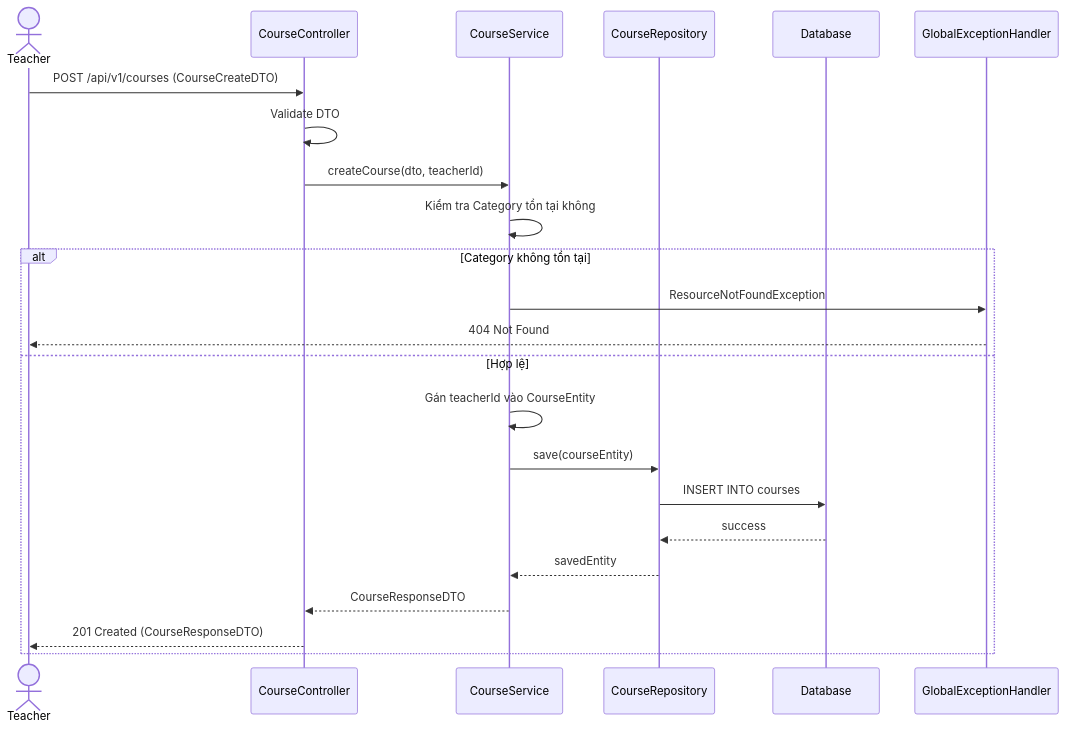
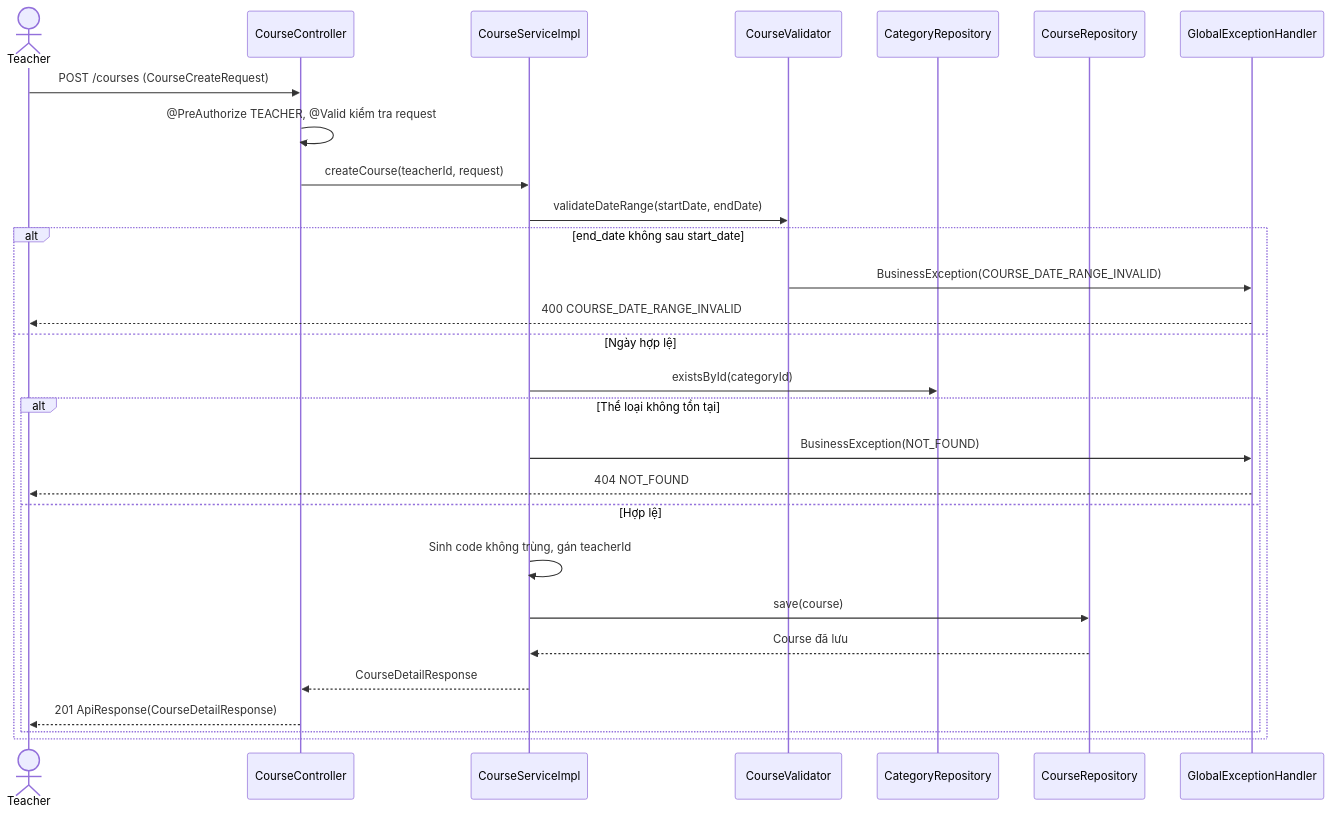
Before and after one commit to dungcony/e-learn: the first of 2 diagrams in docs/design/course-management/api.md, drawn with Mermaid. The commit also changed other lines of this file and 15 other files, not shown here.

````diff
--- a/docs/design/course-management/api.md
+++ b/docs/design/course-management/api.md
@@ -15,28 +69,32 @@
 ```mermaid
 sequenceDiagram
     actor Teacher
     participant Ctrl as CourseController
-    participant Svc as CourseService
+    participant Svc as CourseServiceImpl
+    participant Val as CourseValidator
+    participant CatRepo as CategoryRepository
     participant Repo as CourseRepository
-    participant DB as Database
     participant Handler as GlobalExceptionHandler
 
-    Teacher->>Ctrl: POST /api/v1/courses (CourseCreateDTO)
-    Ctrl->>Ctrl: Validate DTO
-    Ctrl->>Svc: createCourse(dto, teacherId)
-    
-    Svc->>Svc: Kiểm tra Category tồn tại không
-    
-    alt Category không tồn tại
-        Svc->>Handler: ResourceNotFoundException
-        Handler-->>Teacher: 404 Not Found
-    else Hợp lệ
-        Svc->>Svc: Gán teacherId vào CourseEntity
-        Svc->>Repo: save(courseEntity)
-        Repo->>DB: INSERT INTO courses
-        DB-->>Repo: success
-        Repo-->>Svc: savedEntity
-        Svc-->>Ctrl: CourseResponseDTO
-        Ctrl-->>Teacher: 201 Created (CourseResponseDTO)
+    Teacher->>Ctrl: POST /courses (CourseCreateRequest)
+    Ctrl->>Ctrl: @PreAuthorize TEACHER, @Valid kiểm tra request
+    Ctrl->>Svc: createCourse(teacherId, request)
+    Svc->>Val: validateDateRange(startDate, endDate)
+
+    alt end_date không sau start_date
+        Val->>Handler: BusinessException(COURSE_DATE_RANGE_INVALID)
+        Handler-->>Teacher: 400 COURSE_DATE_RANGE_INVALID
+    else Ngày hợp lệ
+        Svc->>CatRepo: existsById(categoryId)
+        alt Thể loại không tồn tại
+            Svc->>Handler: BusinessException(NOT_FOUND)
+            Handler-->>Teacher: 404 NOT_FOUND
+        else Hợp lệ
+            Svc->>Svc: Sinh code không trùng, gán teacherId
+            Svc->>Repo: save(course)
+            Repo-->>Svc: Course đã lưu
+            Svc-->>Ctrl: CourseDetailResponse
+            Ctrl-->>Teacher: 201 ApiResponse(CourseDetailResponse)
+        end
     end
 ```
````
